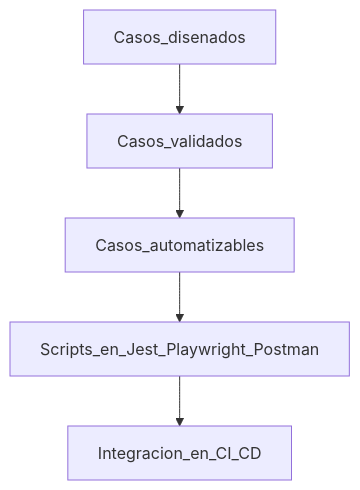
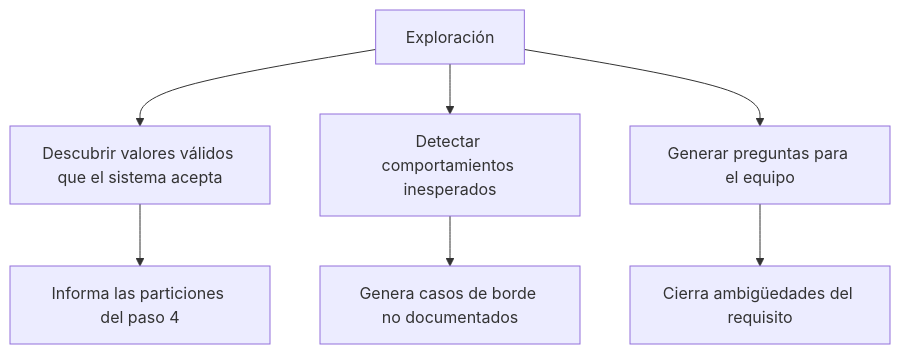
One commit to joshuacba08/qa-engineering-book changed the third of 6 diagrams in parte2-tecnicas-clave/03-testing-basado-en-especificaciones.md. Above: the diagram before and after it, drawn with Mermaid. The commit also changed other lines of this file, not shown here.

````diff
--- a/parte2-tecnicas-clave/03-testing-basado-en-especificaciones.md
+++ b/parte2-tecnicas-clave/03-testing-basado-en-especificaciones.md
@@ -222,7 +145,9 @@
 ```mermaid
-graph TD
-    A[Casos_disenados] --> B[Casos_validados]
-    B --> C[Casos_automatizables]
-    C --> D[Scripts_en_Jest_Playwright_Postman]
-    D --> E[Integracion_en_CI_CD]
+flowchart TD
+    A[Exploración] --> B[Descubrir valores válidos que el sistema acepta]
+    A --> C[Detectar comportamientos inesperados]
+    A --> D[Generar preguntas para el equipo]
+    B --> E[Informa las particiones del paso 4]
+    C --> F[Genera casos de borde no documentados]
+    D --> G[Cierra ambigüedades del requisito]
 ```
````
